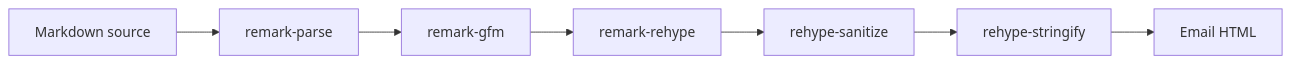
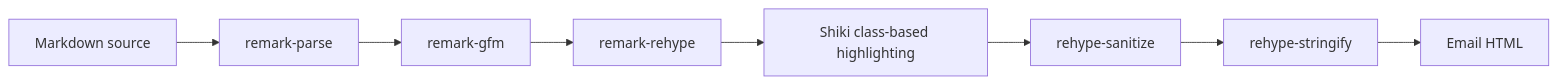
The diagram in docs/architecture/markdown-rendering.md (hnjae/md-compose-tb), drawn with Mermaid before and after one commit. The commit also changed other lines of this file and 1 other file, not shown here.

Commit message:
docs(markdown): choose shiki highlighting

````diff
--- a/docs/architecture/markdown-rendering.md
+++ b/docs/architecture/markdown-rendering.md
@@ -13,9 +13,10 @@
 ```mermaid
 flowchart LR
   source[Markdown source] --> parse[remark-parse]
   parse --> gfm[remark-gfm]
   gfm --> bridge[remark-rehype]
-  bridge --> sanitize[rehype-sanitize]
+  bridge --> highlight[Shiki class-based highlighting]
+  highlight --> sanitize[rehype-sanitize]
   sanitize --> stringify[rehype-stringify]
   stringify --> html[Email HTML]
 ```
````
